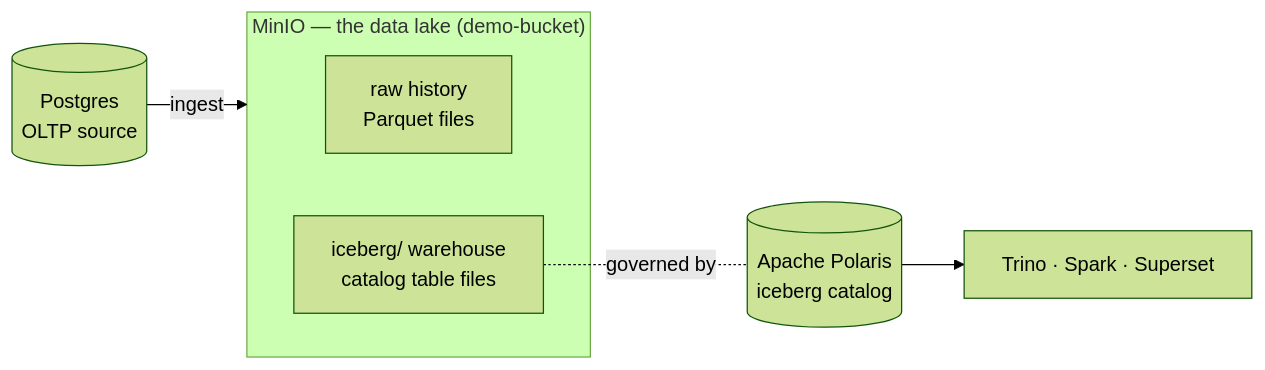
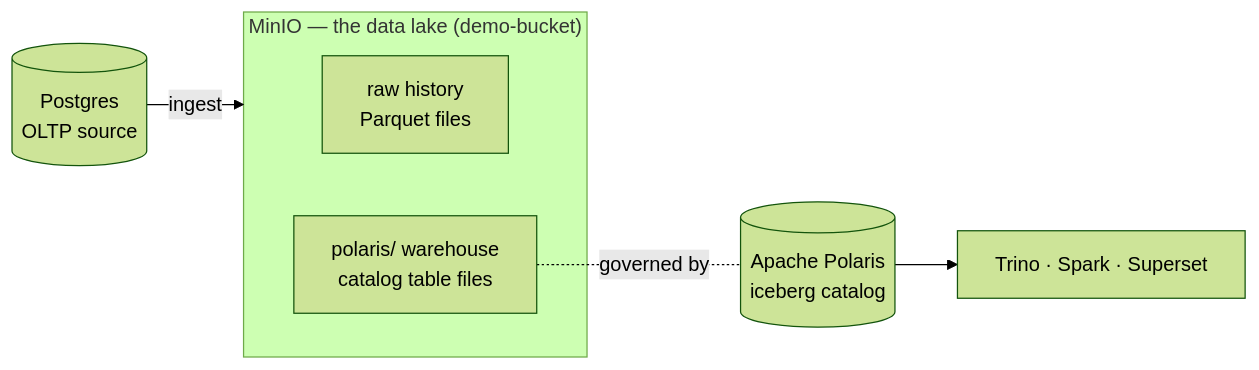
Before and after one commit to maarthala/databrick-local-simulator: the diagram in training/docs/unit0/data-inventory.md, drawn with Mermaid (forest theme). The commit also changed other lines of this file, not shown here.

First line of the commit message:
docs(0.8): warehouse path is polaris/, not iceberg/ (fix leftover refs)

````diff
--- a/training/docs/unit0/data-inventory.md
+++ b/training/docs/unit0/data-inventory.md
@@ -6,10 +6,10 @@
 ```mermaid
 flowchart LR
   PG[(Postgres<br/>OLTP source)] -->|ingest| LAKE
   subgraph LAKE["MinIO — the data lake (demo-bucket)"]
     RAW[raw history<br/>Parquet files]
-    ICE[iceberg/ warehouse<br/>catalog table files]
+    ICE[polaris/ warehouse<br/>catalog table files]
   end
   ICE -. governed by .- POL[(Apache Polaris<br/>iceberg catalog)]
   POL --> ENG[Trino · Spark · Superset]
 ```
````
